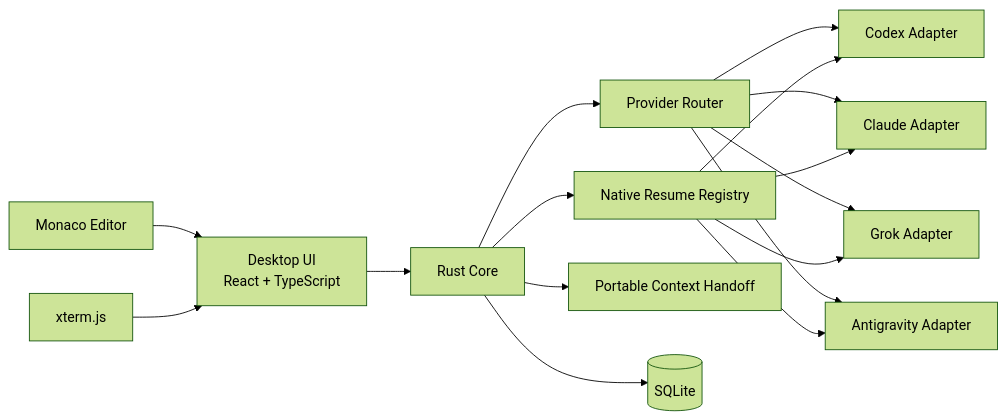
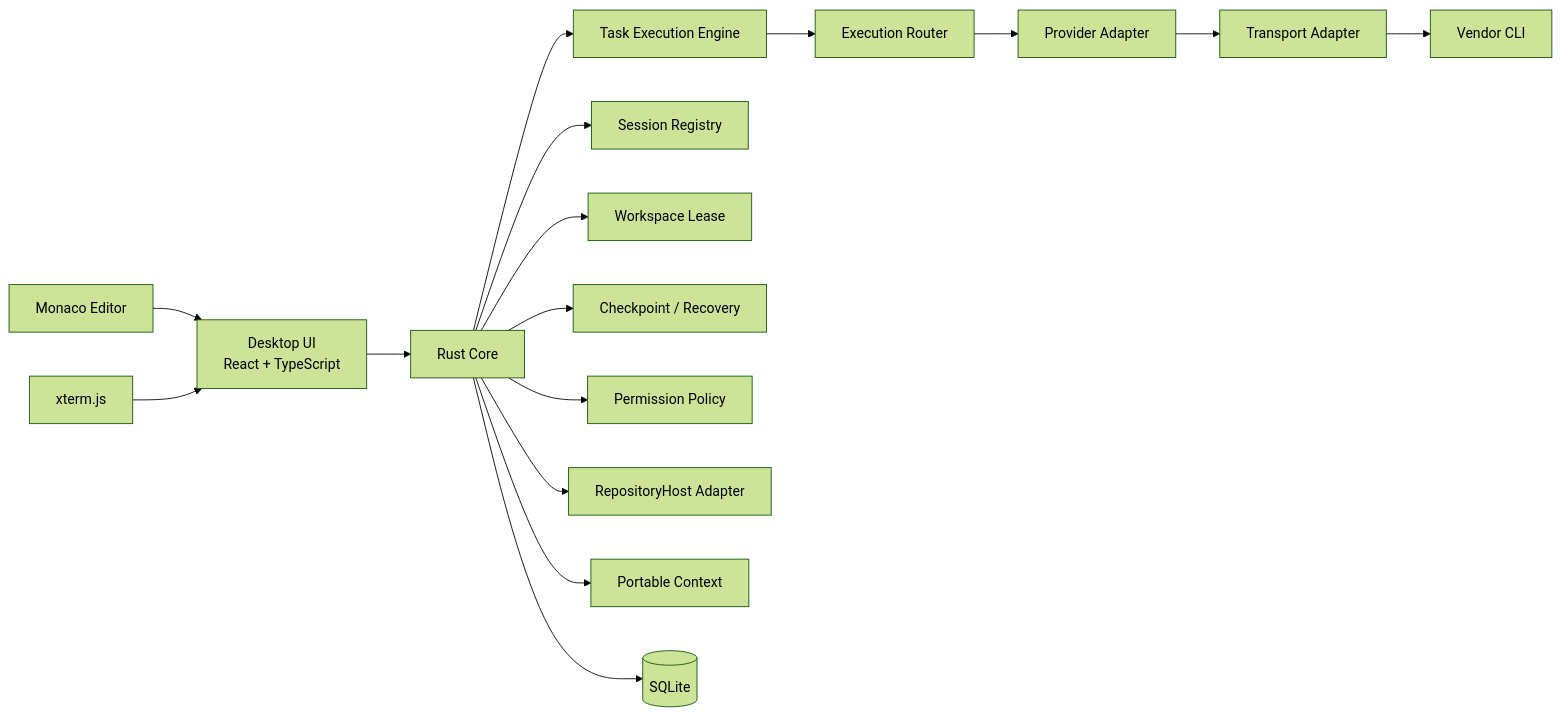
One commit to nntokyo/ai-cli-orchestrator changed the diagram in README.md. Above: the diagram before and after it, drawn with Mermaid (forest theme). The commit also changed other lines of this file, not shown here.

Commit message:
docs: align README with audited MVP architecture

````diff
--- a/README.md
+++ b/README.md
@@ -167,31 +171,35 @@
 ```mermaid
 flowchart LR
     UI[Desktop UI<br/>React + TypeScript]
     EDITOR[Monaco Editor]
     TERM[xterm.js]
     CORE[Rust Core]
-    ROUTER[Provider Router]
-    SESSION[Native Resume Registry]
-    CONTEXT[Portable Context Handoff]
+    ENGINE[Task Execution Engine]
+    ROUTER[Execution Router]
+    SESSION[Session Registry]
+    LOCK[Workspace Lease]
+    RECOVERY[Checkpoint / Recovery]
+    PERM[Permission Policy]
+    HOST[RepositoryHost Adapter]
+    CONTEXT[Portable Context]
     DB[(SQLite)]
-    CODEX[Codex Adapter]
-    CLAUDE[Claude Adapter]
-    GROK[Grok Adapter]
-    AGY[Antigravity Adapter]
+    PROVIDER[Provider Adapter]
+    TRANSPORT[Transport Adapter]
+    CLI[Vendor CLI]
 
-    UI --> CORE
     EDITOR --> UI
     TERM --> UI
-    CORE --> ROUTER
+    UI --> CORE
+    CORE --> ENGINE
     CORE --> SESSION
+    CORE --> LOCK
+    CORE --> RECOVERY
+    CORE --> PERM
+    CORE --> HOST
     CORE --> CONTEXT
     CORE --> DB
-    ROUTER --> CODEX
-    ROUTER --> CLAUDE
-    ROUTER --> GROK
-    ROUTER --> AGY
-    SESSION --> CODEX
-    SESSION --> CLAUDE
-    SESSION --> GROK
-    SESSION --> AGY
+    ENGINE --> ROUTER
+    ROUTER --> PROVIDER
+    PROVIDER --> TRANSPORT
+    TRANSPORT --> CLI
 ```
````
